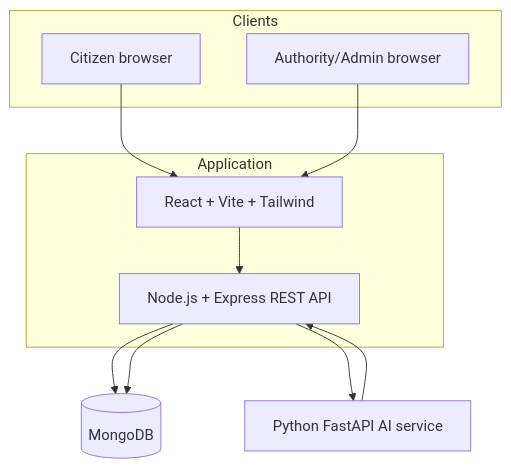
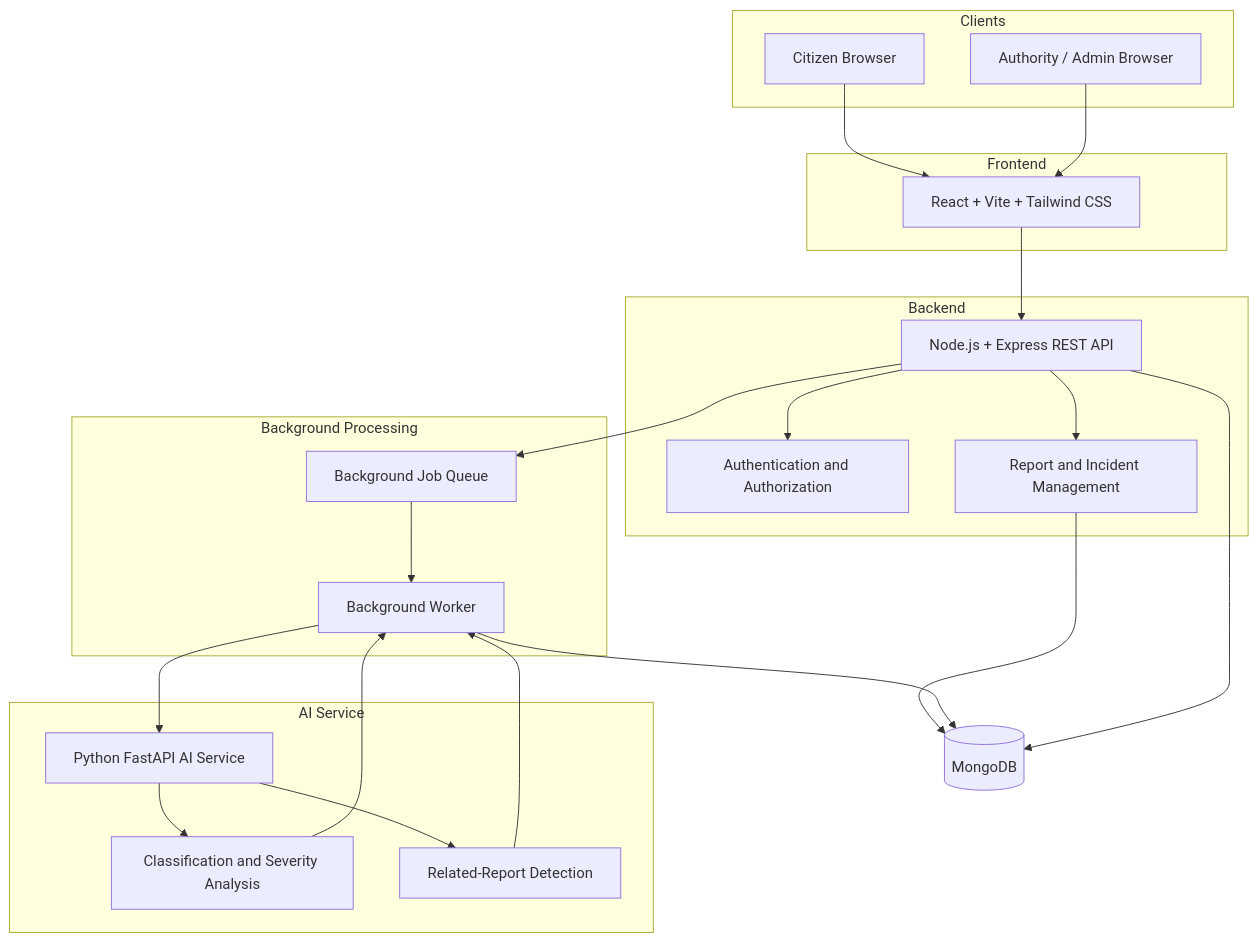
One commit to NishitaSingh01/DisasterGuard changed the sixth of 6 diagrams in docs/10_Workflows_and_Diagrams.md. Above: the diagram before and after it, drawn with Mermaid. The commit also changed other lines of this file and 1 other file, not shown here.

````diff
--- a/docs/10_Workflows_and_Diagrams.md
+++ b/docs/10_Workflows_and_Diagrams.md
@@ -90,20 +210,52 @@
-``` mermaid
+```mermaid
 flowchart TB
+
     subgraph Clients
-        C[Citizen browser]
-        A[Authority/Admin browser]
+        C[Citizen Browser]
+        A[Authority / Admin Browser]
     end
-    subgraph Application
-        FE[React + Vite + Tailwind]
+
+    subgraph Frontend
+        FE[React + Vite + Tailwind CSS]
+    end
+
+    subgraph Backend
         API[Node.js + Express REST API]
+        AUTH[Authentication and Authorization]
+        LOGIC[Report and Incident Management]
     end
+
+    subgraph Background Processing
+        Q[Background Job Queue]
+        W[Background Worker]
+    end
+
+    subgraph AI Service
+        AI[Python FastAPI AI Service]
+        ML[Classification and Severity Analysis]
+        DUP[Related-Report Detection]
+    end
+
     DB[(MongoDB)]
-    AI[Python FastAPI AI service]
+
     C --> FE
     A --> FE
+
     FE --> API
-    API --> DB
-    API --> AI
-    AI --> API
+    API --> AUTH
+    API --> LOGIC
+
+    LOGIC --> DB
+    API --> Q
+    Q --> W
+    W --> AI
+
+    AI --> ML
+    AI --> DUP
+
+    ML --> W
+    DUP --> W
+
+    W --> DB
     API --> DB
 ```
````
